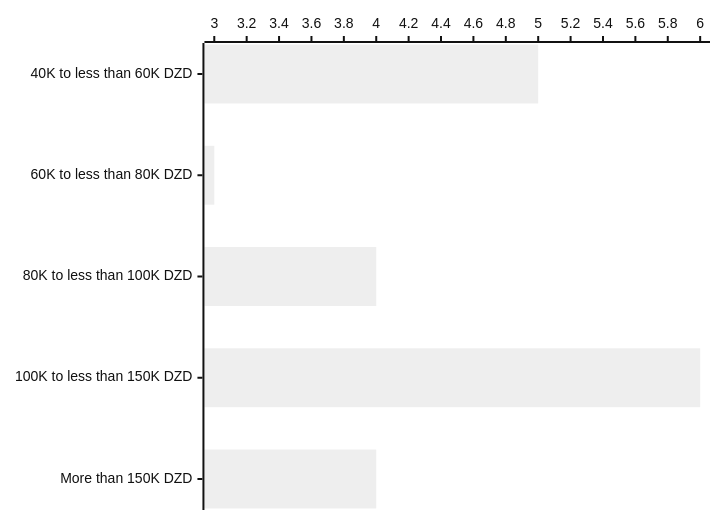
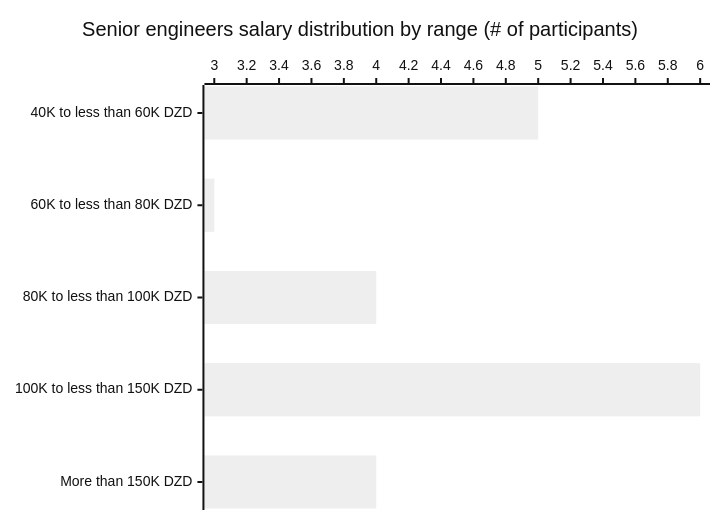
Before and after one commit to Fcmam5/state-of-dz-swe-2024: the seventh of 10 diagrams in website/docs/insights/remuneration.md, drawn with Mermaid (neutral theme). The commit also changed other lines of this file and 6 other files, not shown here.

````diff
--- a/website/docs/insights/remuneration.md
+++ b/website/docs/insights/remuneration.md
@@ -147,5 +150,6 @@
 ```mermaid
 xychart-beta horizontal
+  title "Senior engineers salary distribution by range (# of participants)"
   x-axis ["40K to less than 60K DZD","60K to less than 80K DZD","80K to less than 100K DZD","100K to less than 150K DZD","More than 150K DZD"]
   bar [5,3,4,6,4]
 ```
````
